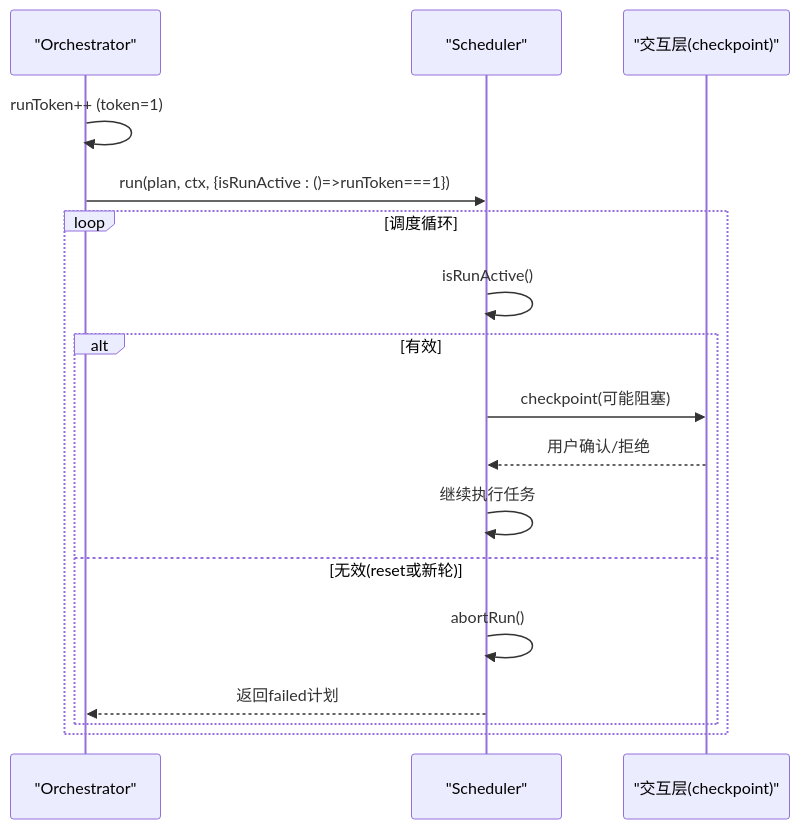
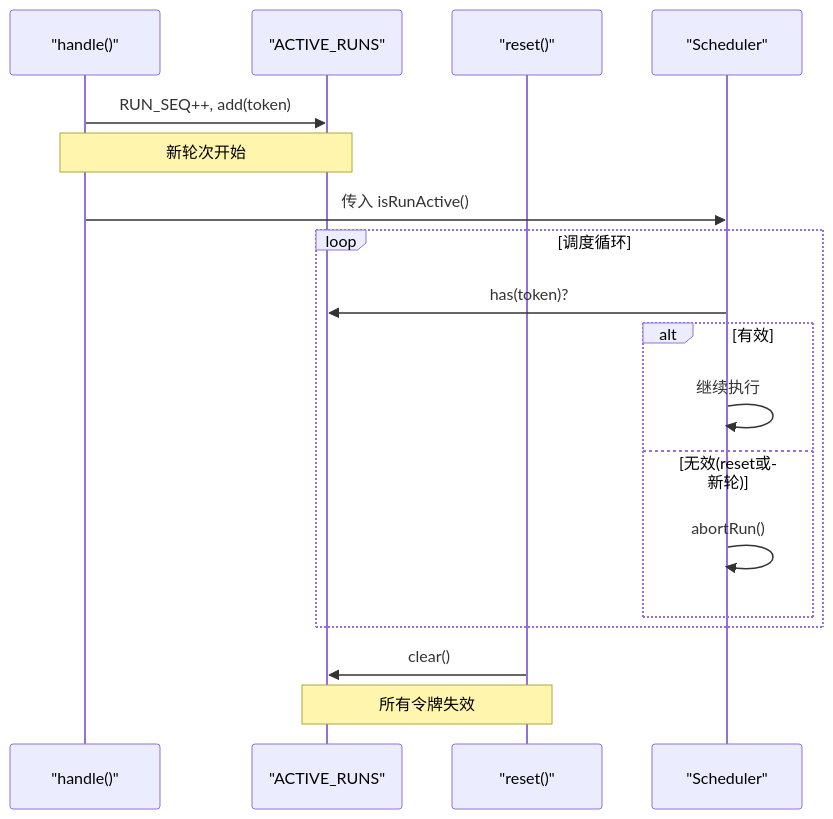
Before and after one commit to Ichi-Hackton/WAIC-WeChat-MiniProgram: the fifth of 7 diagrams in .qoder/repowiki/zh/content/核心模块/Orchestrator编排器.md, drawn with Mermaid. The commit also changed other lines of this file and 33 other files, not shown here.

````diff
--- a/.qoder/repowiki/zh/content/核心模块/Orchestrator编排器.md
+++ b/.qoder/repowiki/zh/content/核心模块/Orchestrator编排器.md
@@ -222,19 +245,20 @@
 ```mermaid
 sequenceDiagram
-participant O as "Orchestrator"
+participant H as "handle()"
+participant A as "ACTIVE_RUNS"
+participant R as "reset()"
 participant S as "Scheduler"
-participant UI as "交互层(checkpoint)"
-O->>O : runToken++ (token=1)
-O->>S : run(plan, ctx, {isRunActive : ()=>runToken===1})
+H->>A : RUN_SEQ++, add(token)
+Note over H,A : 新轮次开始
+H->>S : 传入 isRunActive()
 loop 调度循环
-S->>S : isRunActive()
+S->>A : has(token)?
 alt 有效
-S->>UI : checkpoint(可能阻塞)
-UI-->>S : 用户确认/拒绝
-S->>S : 继续执行任务
+S->>S : 继续执行
 else 无效(reset或新轮)
 S->>S : abortRun()
-S-->>O : 返回failed计划
 end
 end
+R->>A : clear()
+Note over R,A : 所有令牌失效
 ```
````
